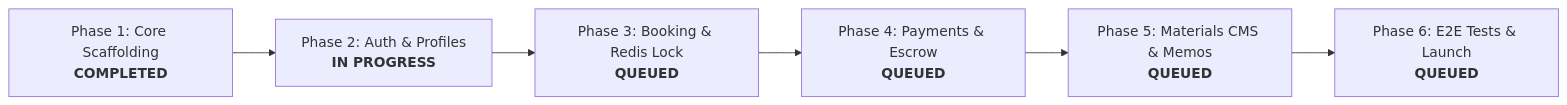
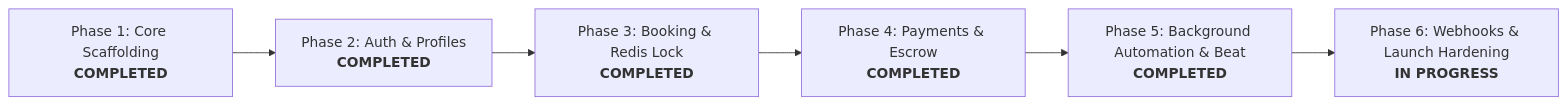
The diagram in docs/PROGRESS_AND_ROADMAP.md (sharonremotedeveloper/SharonOnline), drawn with Mermaid before and after one commit. The commit also changed other lines of this file and 2 other files, not shown here.

Commit message:
docs(audit): complete Phase 5 audit sign-off, sync roadmaps and multi-queue celery config

````diff
--- a/docs/PROGRESS_AND_ROADMAP.md
+++ b/docs/PROGRESS_AND_ROADMAP.md
@@ -5,8 +5,8 @@
 ```mermaid
 flowchart LR
-    P1["Phase 1: Core Scaffolding<br/><b>COMPLETED</b>"] --> P2["Phase 2: Auth & Profiles<br/><b>IN PROGRESS</b>"]
-    P2 --> P3["Phase 3: Booking & Redis Lock<br/><b>QUEUED</b>"]
-    P3 --> P4["Phase 4: Payments & Escrow<br/><b>QUEUED</b>"]
-    P4 --> P5["Phase 5: Materials CMS & Memos<br/><b>QUEUED</b>"]
-    P5 --> P6["Phase 6: E2E Tests & Launch<br/><b>QUEUED</b>"]
+    P1["Phase 1: Core Scaffolding<br/><b>COMPLETED</b>"] --> P2["Phase 2: Auth & Profiles<br/><b>COMPLETED</b>"]
+    P2 --> P3["Phase 3: Booking & Redis Lock<br/><b>COMPLETED</b>"]
+    P3 --> P4["Phase 4: Payments & Escrow<br/><b>COMPLETED</b>"]
+    P4 --> P5["Phase 5: Background Automation & Beat<br/><b>COMPLETED</b>"]
+    P5 --> P6["Phase 6: Webhooks & Launch Hardening<br/><b>IN PROGRESS</b>"]
 ```
````
